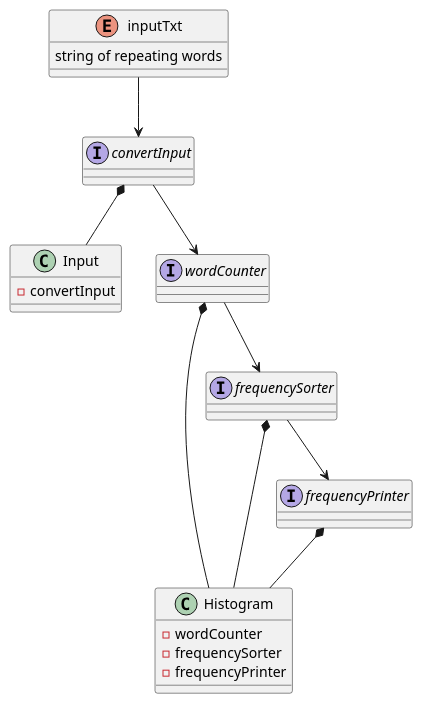
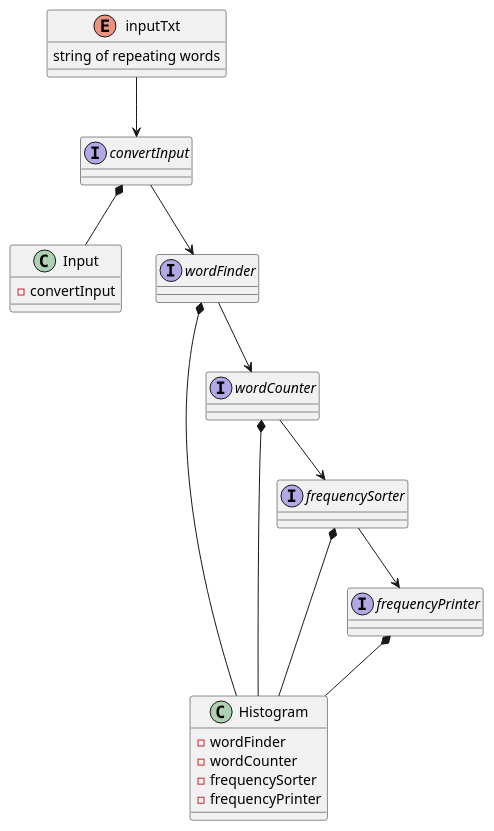
The diagram in src/main/java/assignment3/ex46/base/Solution46Flowchart.puml (cepedaj0601/cepeda-cop3330-assignment3), drawn with PlantUML before and after one commit. The commit also changed 4 other files, not shown here.

```diff
--- a/src/main/java/assignment3/ex46/base/Solution46Flowchart.puml
+++ b/src/main/java/assignment3/ex46/base/Solution46Flowchart.puml
@@ -1,35 +1,39 @@
 @startuml
 'https://plantuml.com/class-diagram
 
 class Input{
 -convertInput
 }
 
 interface convertInput
 
 convertInput *-- Input
 
 class Histogram{
+-wordFinder
 -wordCounter
 -frequencySorter
 -frequencyPrinter
 }
 
+interface wordFinder
 interface wordCounter
 interface frequencySorter
 interface frequencyPrinter
 
+wordFinder *-- Histogram
 wordCounter *-- Histogram
 frequencySorter *-- Histogram
 frequencyPrinter *-- Histogram
 
 enum inputTxt{
 string of repeating words
 }
 
 inputTxt --> convertInput
-convertInput --> wordCounter
+convertInput --> wordFinder
+wordFinder --> wordCounter
 wordCounter --> frequencySorter
 frequencySorter --> frequencyPrinter
 
 @enduml
```
